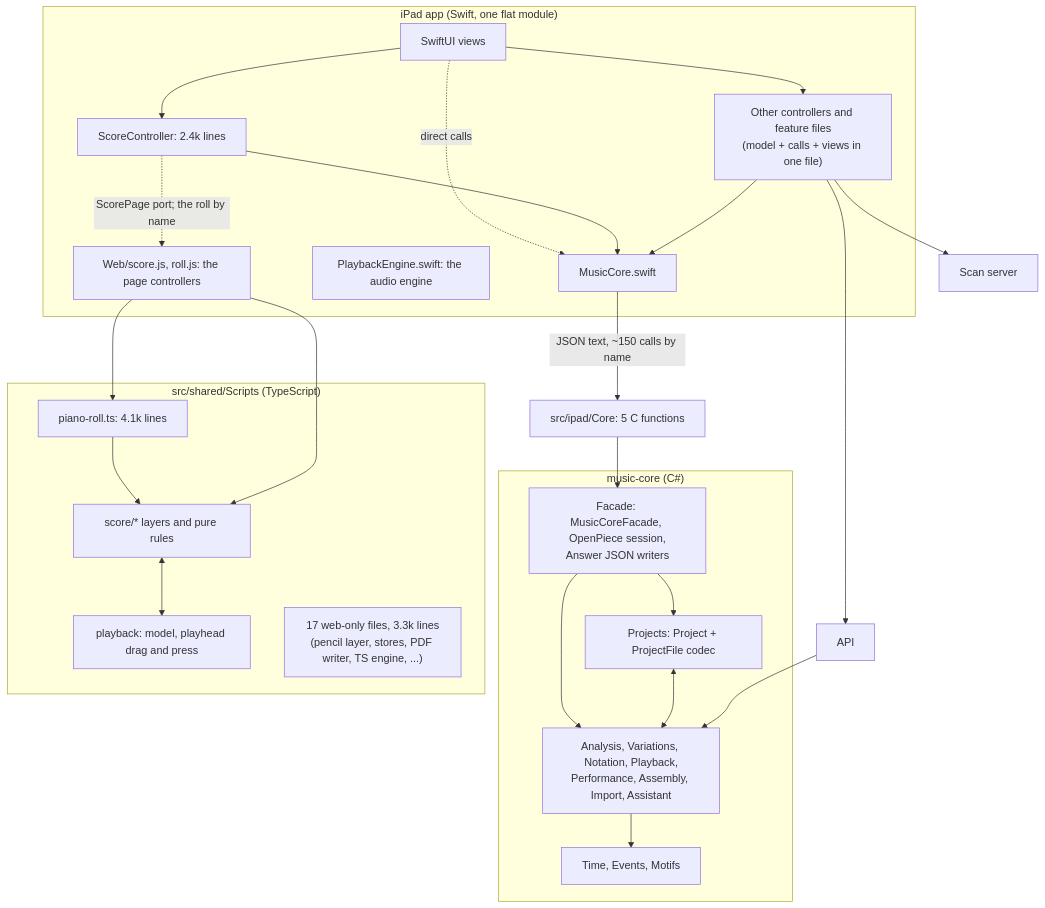
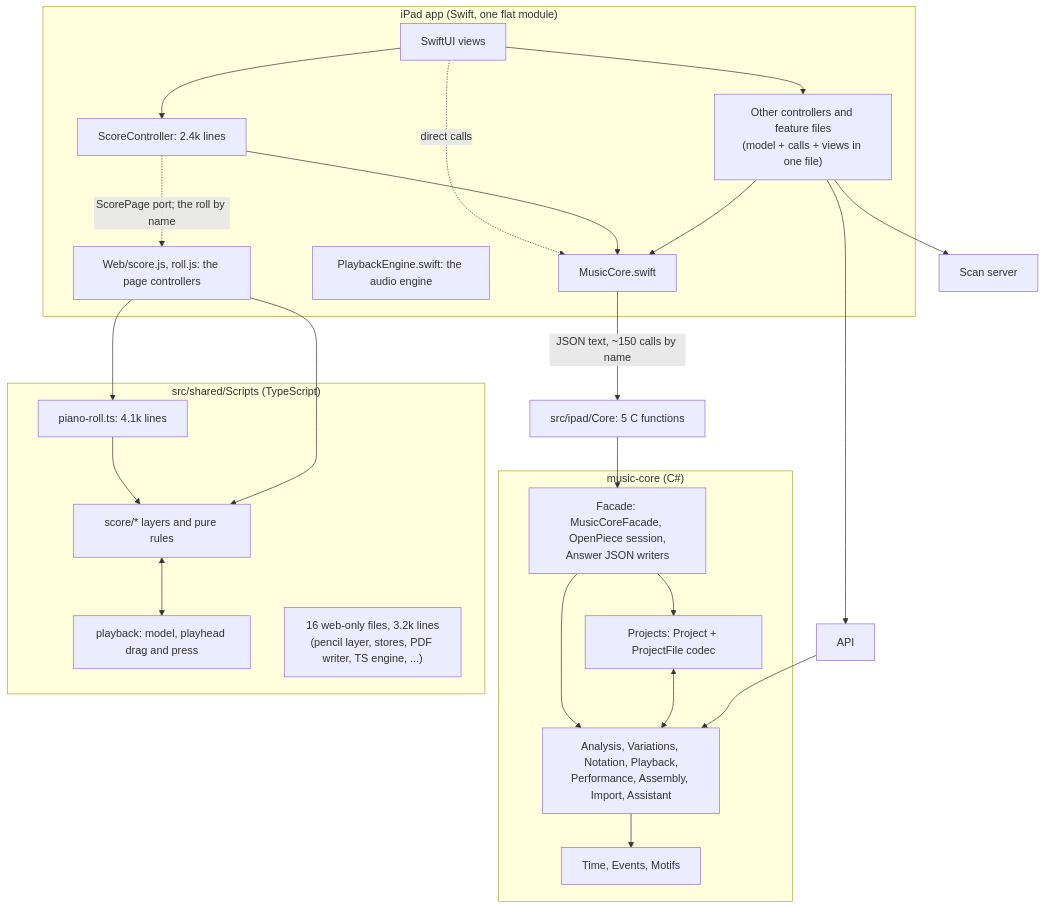
Before and after one commit to andreykukalev/motiff-lab: the first of 3 diagrams in docs/REFACTORING_AUDIT.md, drawn with Mermaid. The commit also changed other lines of this file and 1 other file, not shown here.

````diff
--- a/docs/REFACTORING_AUDIT.md
+++ b/docs/REFACTORING_AUDIT.md
@@ -170,48 +172,48 @@
 ```mermaid
 flowchart TB
   subgraph CORE["music-core (C#)"]
     DOM["Time, Events, Motifs"]
     RULES["Analysis, Variations, Notation, Playback,<br/>Performance, Assembly, Import, Assistant"]
     PROJ["Projects: Project + ProjectFile codec"]
     FAC["Facade: MusicCoreFacade, OpenPiece session,<br/>Answer JSON writers"]
     FAC --> RULES
     FAC --> PROJ
     PROJ <--> RULES
     RULES --> DOM
   end
 
   subgraph SHARED["src/shared/Scripts (TypeScript)"]
     LAYERS["score/* layers and pure rules"]
     ROLL["piano-roll.ts: 4.1k lines"]
     PB["playback: model, playhead drag and press"]
-    DEAD["17 web-only files, 3.3k lines<br/>(pencil layer, stores, PDF writer, TS engine, ...)"]
+    DEAD["16 web-only files, 3.2k lines<br/>(pencil layer, stores, PDF writer, TS engine, ...)"]
     ROLL --> LAYERS
     LAYERS <--> PB
   end
 
   subgraph IPAD["iPad app (Swift, one flat module)"]
     VIEWS["SwiftUI views"]
     SC["ScoreController: 2.4k lines"]
     CTRL["Other controllers and feature files<br/>(model + calls + views in one file)"]
     SJS["Web/score.js, roll.js: the page controllers"]
     PE["PlaybackEngine.swift: the audio engine"]
     MC["MusicCore.swift"]
     VIEWS --> SC
     VIEWS --> CTRL
     VIEWS -. "direct calls" .-> MC
     SC --> MC
     CTRL --> MC
   end
 
   NAT["src/ipad/Core: 5 C functions"]
   API["API"]
   OMR["Scan server"]
 
   MC -- "JSON text, ~150 calls by name" --> NAT --> FAC
   SC -. "ScorePage port; the roll by name" .-> SJS
   SJS --> LAYERS
   SJS --> ROLL
   API --> RULES
   CTRL --> API
   CTRL --> OMR
 ```
````
